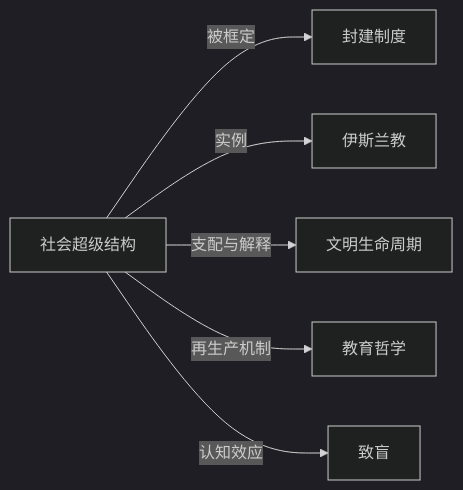
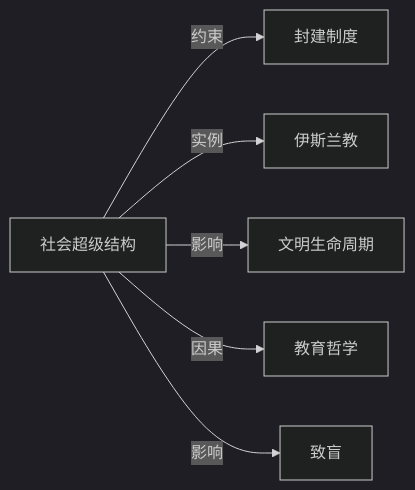
One commit to KIMMCHOW/MyKnowledge changed the diagram in Knowledge/Concepts/社会学/社会超级结构.md. Above: the diagram before and after it, drawn with Mermaid (dark theme). The commit also changed 95 other files, not shown here.

Commit message:
reorganize: 统一关系图边标签为11类

````diff
--- a/Knowledge/Concepts/社会学/社会超级结构.md
+++ b/Knowledge/Concepts/社会学/社会超级结构.md
@@ -44,8 +44,8 @@
 ```mermaid
 graph LR
-社会超级结构 -->|被框定| 封建制度
+社会超级结构 -->|约束| 封建制度
 社会超级结构 -->|实例| 伊斯兰教
-社会超级结构 -->|支配与解释| 文明生命周期
-社会超级结构 -->|再生产机制| 教育哲学
-社会超级结构 -->|认知效应| 致盲
+社会超级结构 -->|影响| 文明生命周期
+社会超级结构 -->|因果| 教育哲学
+社会超级结构 -->|影响| 致盲
 ```
````
